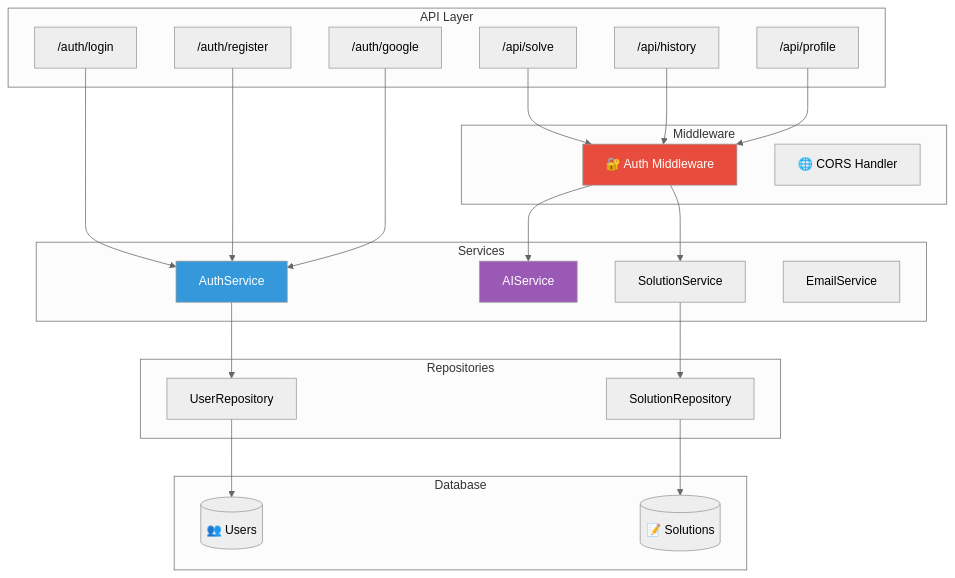
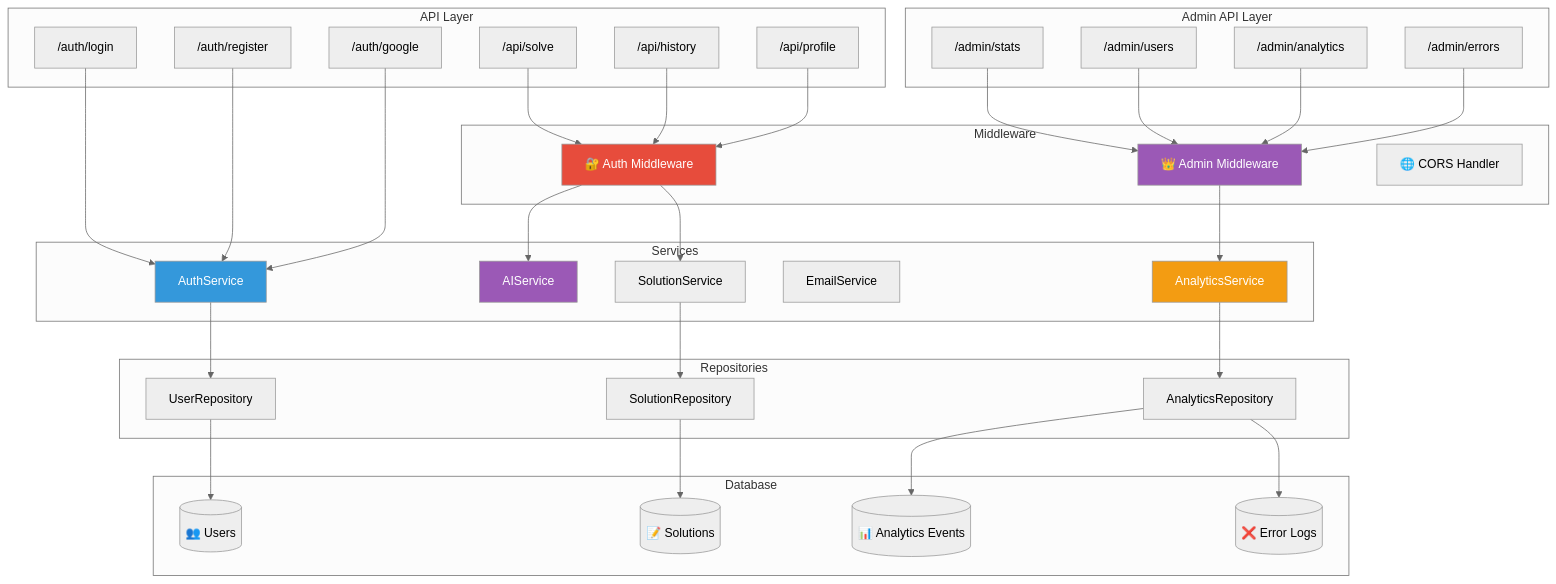
The fifth of 8 diagrams in docs/architecture.md (AbhishekBalija/MathGPT), drawn with Mermaid (neutral theme) before and after one commit. The commit also changed other lines of this file and 28 other files, not shown here.

Commit message:
feat: Implement a comprehensive admin dashboard with error logging, user management, and analytics.

````diff
--- a/docs/architecture.md
+++ b/docs/architecture.md
@@ -174,54 +191,77 @@
 ```mermaid
 graph TB
     subgraph "API Layer"
         SOLVE["/api/solve"]
         HISTORY["/api/history"]
         PROFILE["/api/profile"]
         LOGIN["/auth/login"]
         REGISTER["/auth/register"]
         OAUTH["/auth/google"]
     end
 
+    subgraph "Admin API Layer"
+        ADMIN_STATS["/admin/stats"]
+        ADMIN_USERS["/admin/users"]
+        ADMIN_ANALYTICS["/admin/analytics"]
+        ADMIN_ERRORS["/admin/errors"]
+    end
+
     subgraph "Middleware"
         AUTH_MW["🔐 Auth Middleware"]
+        ADMIN_MW["👑 Admin Middleware"]
         CORS_MW["🌐 CORS Handler"]
     end
 
     subgraph "Services"
         AUTH_SVC["AuthService"]
         AI_SVC["AIService"]
         SOL_SVC["SolutionService"]
         EMAIL_SVC["EmailService"]
+        ANALYTICS_SVC["AnalyticsService"]
     end
 
     subgraph "Repositories"
         USER_REPO["UserRepository"]
         SOL_REPO["SolutionRepository"]
+        ANALYTICS_REPO["AnalyticsRepository"]
     end
 
     subgraph "Database"
         USERS[("👥 Users")]
         SOLUTIONS[("📝 Solutions")]
+        EVENTS[("📊 Analytics Events")]
+        ERRORS[("❌ Error Logs")]
     end
 
     SOLVE --> AUTH_MW
     HISTORY --> AUTH_MW
     PROFILE --> AUTH_MW
 
+    ADMIN_STATS --> ADMIN_MW
+    ADMIN_USERS --> ADMIN_MW
+    ADMIN_ANALYTICS --> ADMIN_MW
+    ADMIN_ERRORS --> ADMIN_MW
+
     AUTH_MW --> AI_SVC
     AUTH_MW --> SOL_SVC
+    ADMIN_MW --> ANALYTICS_SVC
 
     LOGIN --> AUTH_SVC
     REGISTER --> AUTH_SVC
     OAUTH --> AUTH_SVC
 
     AUTH_SVC --> USER_REPO
     SOL_SVC --> SOL_REPO
+    ANALYTICS_SVC --> ANALYTICS_REPO
 
     USER_REPO --> USERS
     SOL_REPO --> SOLUTIONS
+    ANALYTICS_REPO --> EVENTS
+    ANALYTICS_REPO --> ERRORS
 
     style AUTH_MW fill:#e74c3c,color:#fff
+    style ADMIN_MW fill:#9b59b6,color:#fff
     style AI_SVC fill:#9b59b6,color:#fff
     style AUTH_SVC fill:#3498db,color:#fff
+    style ANALYTICS_SVC fill:#f39c12,color:#fff
 ```
````
